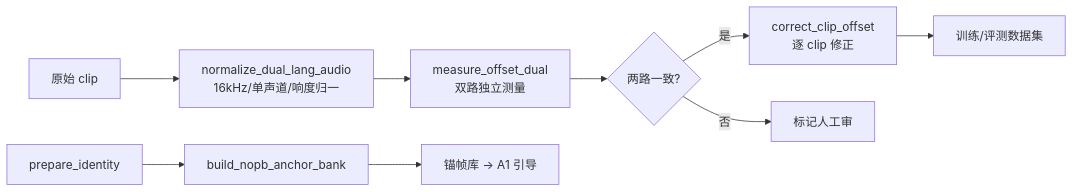
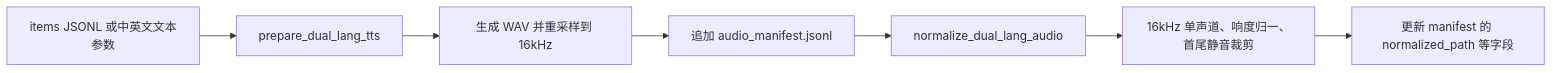
Before and after one commit to gongshangzheng/InternWiki: the diagram in apps/web/content/interns/tangwen/docs/工程与评测/数据集整理专题.md, drawn with Mermaid. The commit also changed other lines of this file and 39 other files, not shown here.

````diff
--- a/apps/web/content/interns/tangwen/docs/工程与评测/数据集整理专题.md
+++ b/apps/web/content/interns/tangwen/docs/工程与评测/数据集整理专题.md
@@ -66,11 +27,9 @@
 ```mermaid
 flowchart LR
-    A[原始 clip] --> B[normalize_dual_lang_audio<br/>16kHz/单声道/响度归一]
-    B --> C[measure_offset_dual<br/>双路独立测量]
-    C --> D{两路一致?}
-    D -->|是| E[correct_clip_offset<br/>逐 clip 修正]
-    D -->|否| F[标记人工审]
-    E --> G[训练/评测数据集]
-    H[prepare_identity] --> I[build_nopb_anchor_bank]
-    I --> J[锚帧库 → A1 引导]
+    A[items JSONL 或中英文文本参数] --> B[prepare_dual_lang_tts]
+    B --> C[生成 WAV 并重采样到 16kHz]
+    C --> D[追加 audio_manifest.jsonl]
+    D --> E[normalize_dual_lang_audio]
+    E --> F[16kHz 单声道、响度归一、首尾静音裁剪]
+    F --> G[更新 manifest 的 normalized_path 等字段]
 ```
````
